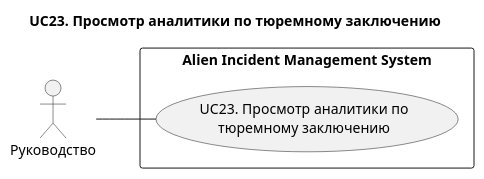
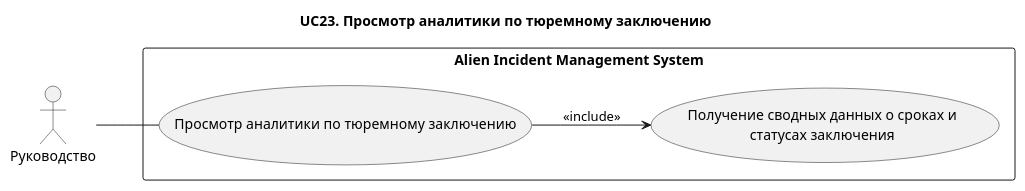
The diagram in docs/use-case/UC23.md (Andryss/AIMS), drawn with PlantUML before and after one commit. The commit also changed other lines of this file and 23 other files, not shown here.

Commit message:
docs: refine use-case diagrams and centralize rendering commands

````diff
--- a/docs/use-case/UC23.md
+++ b/docs/use-case/UC23.md
@@ -3,15 +5,21 @@
 ```plantuml
 @startuml
 title UC23. Просмотр аналитики по тюремному заключению
 left to right direction
 
 actor "Руководство" as Management
 
 rectangle "Alien Incident Management System" {
-  usecase "UC23. Просмотр аналитики по\nтюремному заключению" as UC23
+
+(Просмотр аналитики по тюремному заключению) as UC11
+
+(Получение сводных данных о сроках и\nстатусах заключения) as UC113
+
 }
 
-Management -- UC23
+Management -- UC11
+
+UC11 --> UC113 : <<include>>
 
 @enduml
 ```
````
